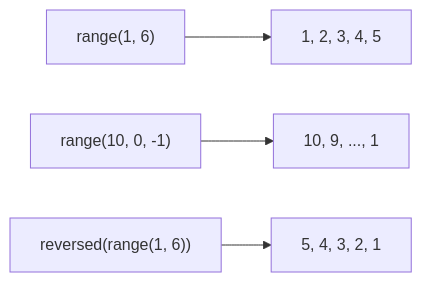
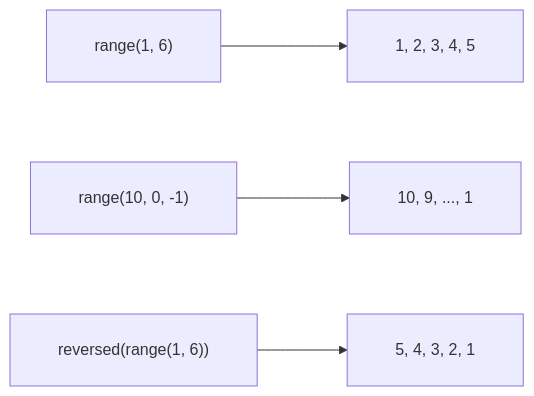
Before and after one commit to ABVenu/salcurriculum: the seventh of 8 diagrams in SAL-2026/Python Basics - English/S03/NotesPresentation.md, drawn with Mermaid. The commit also changed other lines of this file and 820 other files, not shown here.

````diff
--- a/SAL-2026/Python Basics - English/S03/NotesPresentation.md
+++ b/SAL-2026/Python Basics - English/S03/NotesPresentation.md
@@ -356,6 +566,7 @@
 ```mermaid
+%%{init: {"flowchart": {"htmlLabels": false, "curve": "basis", "padding": 24, "nodeSpacing": 80, "rankSpacing": 90, "diagramPadding": 48}}}%%
 flowchart LR
-    F["range(1, 6)"] --> FW["1, 2, 3, 4, 5"]
-    R["range(10, 0, -1)"] --> RV["10, 9, ..., 1"]
-    REV["reversed(range(1, 6))"] --> REVO["5, 4, 3, 2, 1"]
+    F["  range(1, 6)  "] --> FW["  1, 2, 3, 4, 5  "]
+    R["  range(10, 0, -1)  "] --> RV["  10, 9, ..., 1  "]
+    REV["  reversed(range(1, 6))  "] --> REVO["  5, 4, 3, 2, 1  "]
 ```
````
